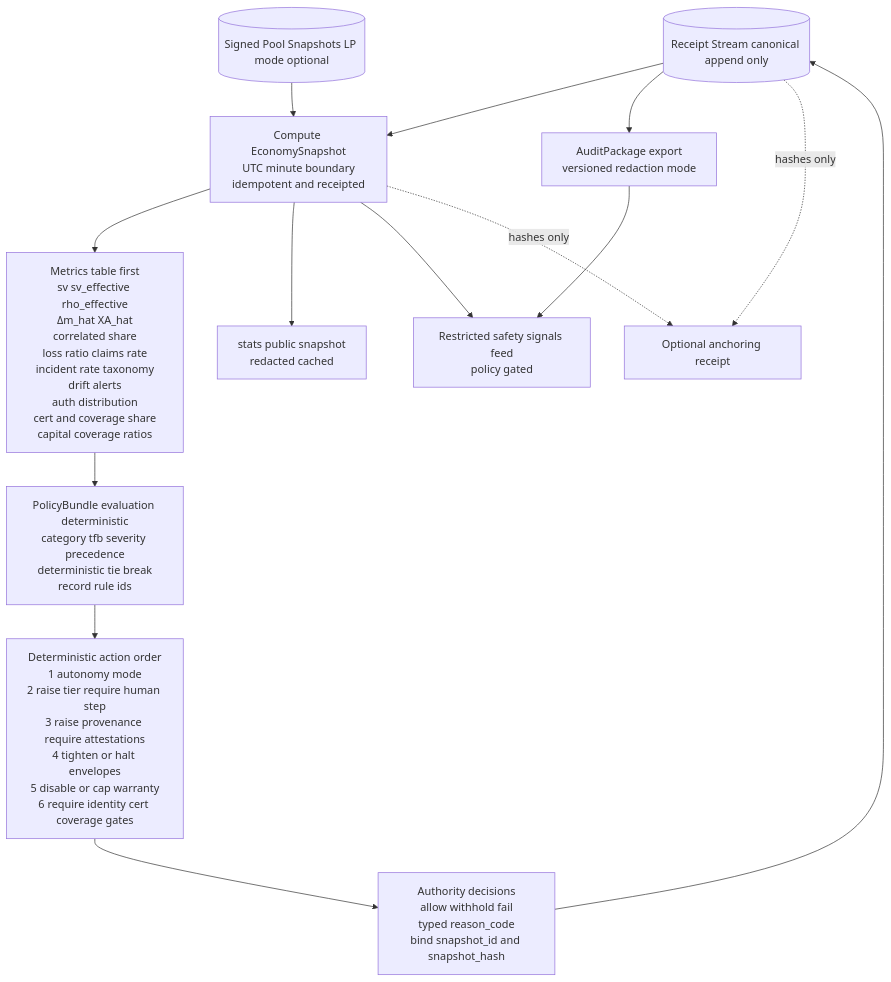
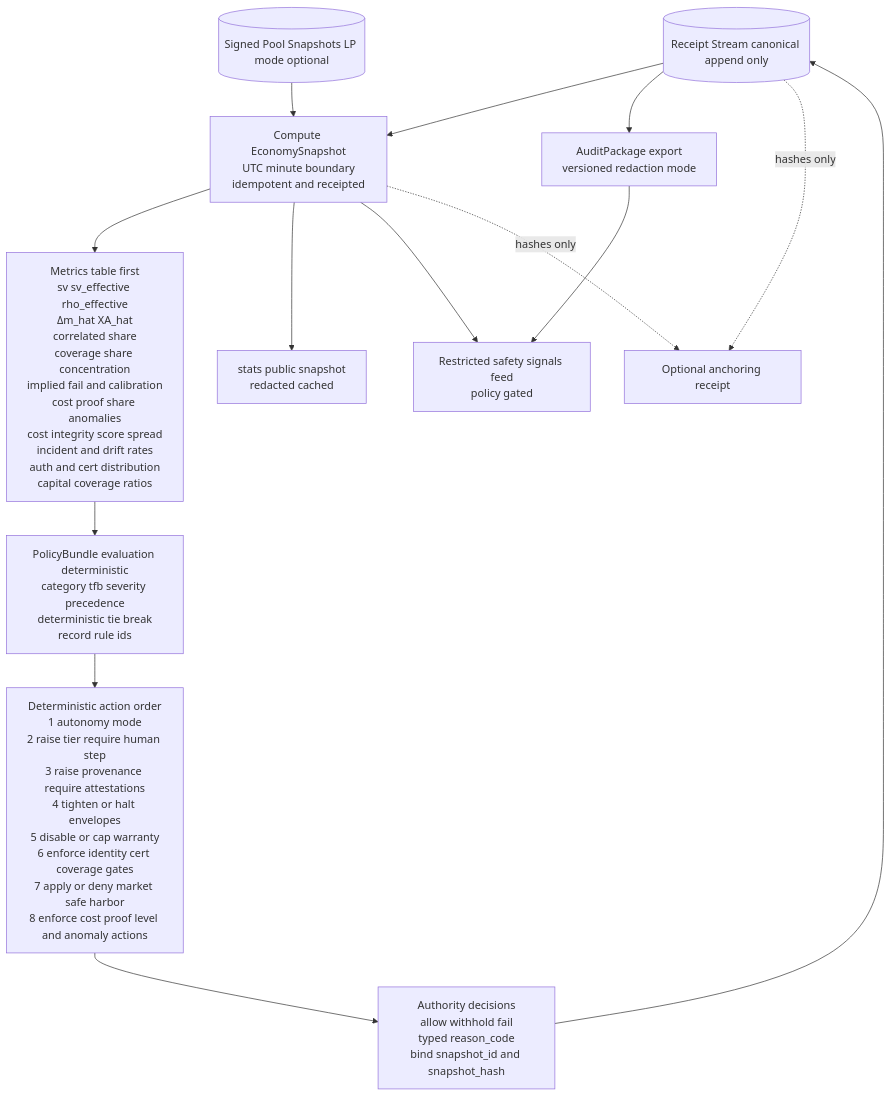
Before and after one commit to OpenAgentsInc/openagents: the fifth of 8 diagrams in docs/plans/diagram.md, drawn with Mermaid. The commit also changed other lines of this file and 2 other files, not shown here.

Commit message:
docs: extend economy kernel markets and cost integrity specs

````diff
--- a/docs/plans/diagram.md
+++ b/docs/plans/diagram.md
@@ -431,21 +480,21 @@
 ```mermaid
 flowchart TD
   R[(Receipt Stream canonical append only)] --> SNAP[Compute EconomySnapshot<br/>UTC minute boundary<br/>idempotent and receipted]
   P[(Signed Pool Snapshots LP mode optional)] --> SNAP
 
-  SNAP --> M[Metrics table first<br/>sv sv_effective rho_effective<br/>Δm_hat XA_hat<br/>correlated share<br/>loss ratio claims rate<br/>incident rate taxonomy<br/>drift alerts<br/>auth distribution<br/>cert and coverage share<br/>capital coverage ratios]
+  SNAP --> M[Metrics table first<br/>sv sv_effective rho_effective<br/>Δm_hat XA_hat<br/>correlated share<br/>coverage share concentration<br/>implied fail and calibration<br/>cost proof share anomalies<br/>cost integrity score spread<br/>incident and drift rates<br/>auth and cert distribution<br/>capital coverage ratios]
 
   M --> POL[PolicyBundle evaluation deterministic<br/>category tfb severity precedence<br/>deterministic tie break<br/>record rule ids]
-  POL --> ACT[Deterministic action order<br/>1 autonomy mode<br/>2 raise tier require human step<br/>3 raise provenance require attestations<br/>4 tighten or halt envelopes<br/>5 disable or cap warranty<br/>6 require identity cert coverage gates]
+  POL --> ACT[Deterministic action order<br/>1 autonomy mode<br/>2 raise tier require human step<br/>3 raise provenance require attestations<br/>4 tighten or halt envelopes<br/>5 disable or cap warranty<br/>6 enforce identity cert coverage gates<br/>7 apply or deny market safe harbor<br/>8 enforce cost proof level and anomaly actions]
 
   ACT --> DEC[Authority decisions<br/>allow withhold fail<br/>typed reason_code<br/>bind snapshot_id and snapshot_hash]
   DEC --> R
 
   SNAP --> PUB[stats public snapshot<br/>redacted cached]
   SNAP --> RESTR[Restricted safety signals feed<br/>policy gated]
   R --> AUD[AuditPackage export<br/>versioned redaction mode]
   AUD --> RESTR
 
   SNAP -. hashes only .-> ANC[Optional anchoring receipt]
   R -. hashes only .-> ANC
 ```
````
